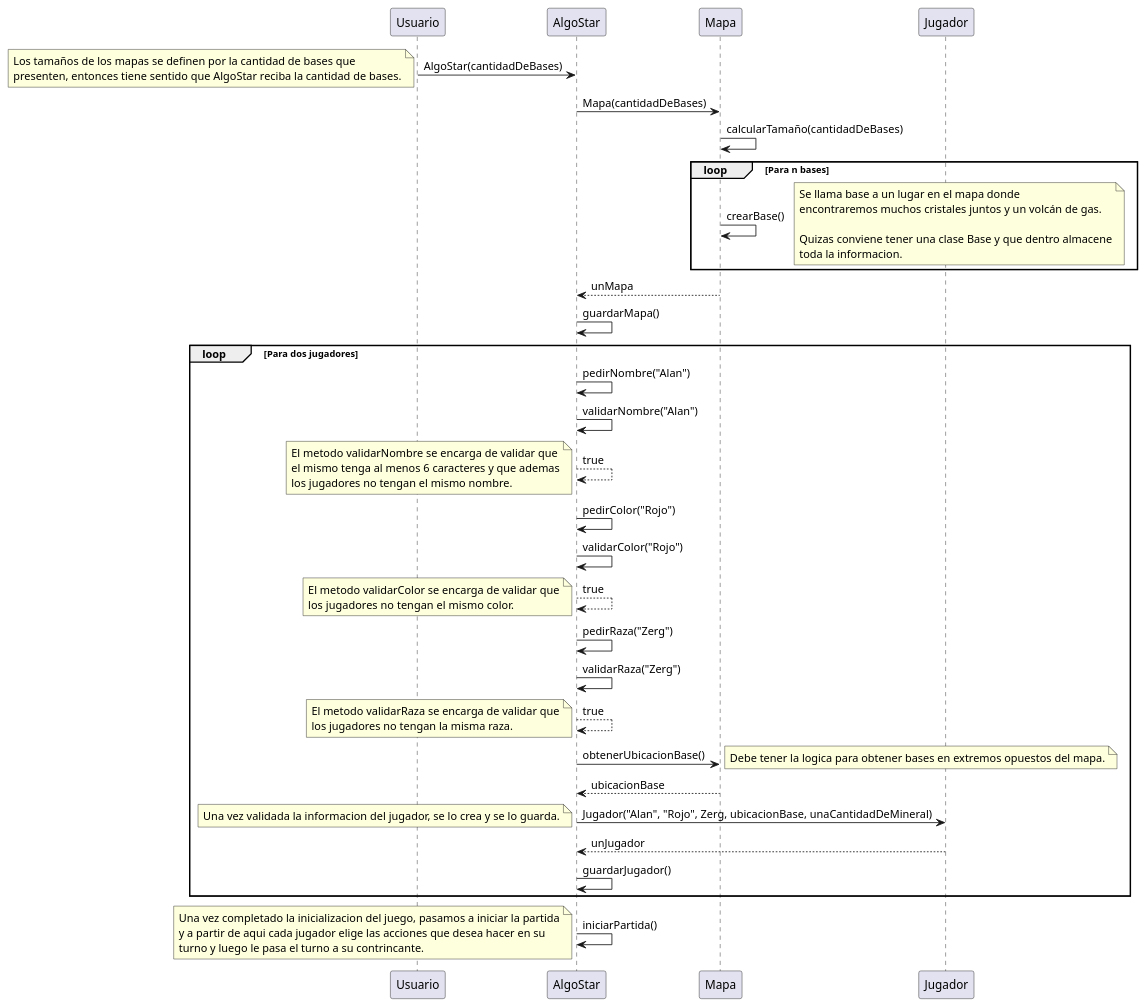
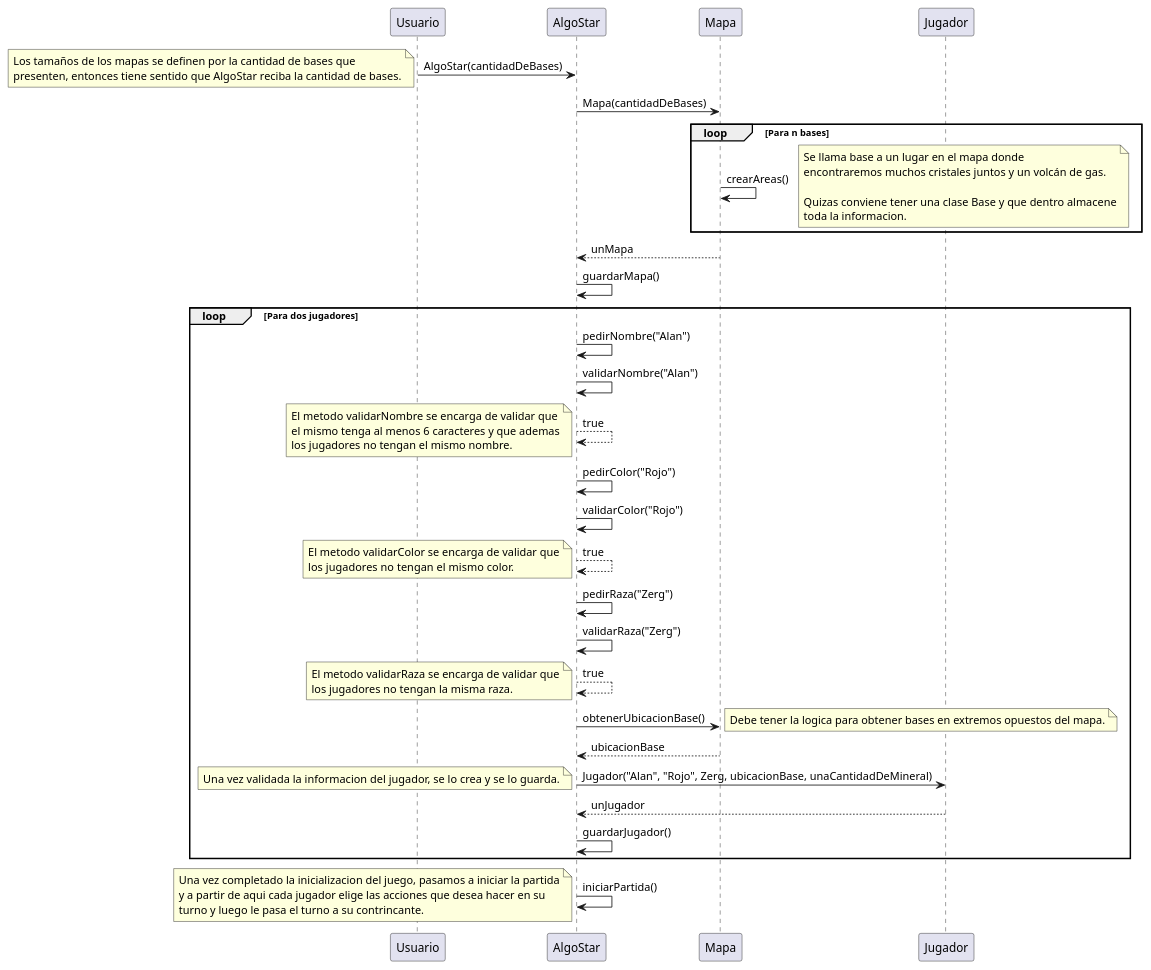
The diagram in diagrams/sequences/CasoDeUso24y25.puml (joeldevel/algo3_tp_2), drawn with PlantUML before and after one commit. The commit also changed 1 other file, not shown here.

```diff
--- a/diagrams/sequences/CasoDeUso24y25.puml
+++ b/diagrams/sequences/CasoDeUso24y25.puml
@@ -1,47 +1,45 @@
 @startuml
 
 Usuario -> AlgoStar: AlgoStar(cantidadDeBases)
 note left: Los tamaños de los mapas se definen por la cantidad de bases que\npresenten, entonces tiene sentido que AlgoStar reciba la cantidad de bases.
 
 AlgoStar -> Mapa: Mapa(cantidadDeBases)
 
-Mapa -> Mapa: calcularTamaño(cantidadDeBases)
-
 loop Para n bases
-Mapa -> Mapa: crearBase()
+Mapa -> Mapa: crearAreas()
 note right: Se llama base a un lugar en el mapa donde\nencontraremos muchos cristales juntos y un volcán de gas.\n\nQuizas conviene tener una clase Base y que dentro almacene\ntoda la informacion.
 end
 
 Mapa --> AlgoStar: unMapa
 AlgoStar -> AlgoStar: guardarMapa()
 
 loop Para dos jugadores
 AlgoStar -> AlgoStar: pedirNombre("Alan")
 AlgoStar -> AlgoStar: validarNombre("Alan")
 AlgoStar --> AlgoStar: true
 note left: El metodo validarNombre se encarga de validar que\nel mismo tenga al menos 6 caracteres y que ademas\nlos jugadores no tengan el mismo nombre.
 AlgoStar -> AlgoStar: pedirColor("Rojo")
 AlgoStar -> AlgoStar: validarColor("Rojo")
 AlgoStar --> AlgoStar: true
 note left: El metodo validarColor se encarga de validar que\nlos jugadores no tengan el mismo color.
 AlgoStar -> AlgoStar: pedirRaza("Zerg")
 AlgoStar -> AlgoStar: validarRaza("Zerg")
 AlgoStar --> AlgoStar: true
 note left: El metodo validarRaza se encarga de validar que\nlos jugadores no tengan la misma raza.
 
 AlgoStar -> Mapa: obtenerUbicacionBase()
 note right: Debe tener la logica para obtener bases en extremos opuestos del mapa.
 Mapa --> AlgoStar: ubicacionBase
 
 AlgoStar -> Jugador: Jugador("Alan", "Rojo", Zerg, ubicacionBase, unaCantidadDeMineral)
 
 note left: Una vez validada la informacion del jugador, se lo crea y se lo guarda.
 
 Jugador --> AlgoStar: unJugador
 AlgoStar -> AlgoStar: guardarJugador()
 end
 
 AlgoStar -> AlgoStar: iniciarPartida()
 note left: Una vez completado la inicializacion del juego, pasamos a iniciar la partida\ny a partir de aqui cada jugador elige las acciones que desea hacer en su\nturno y luego le pasa el turno a su contrincante.
 
 @enduml
```
